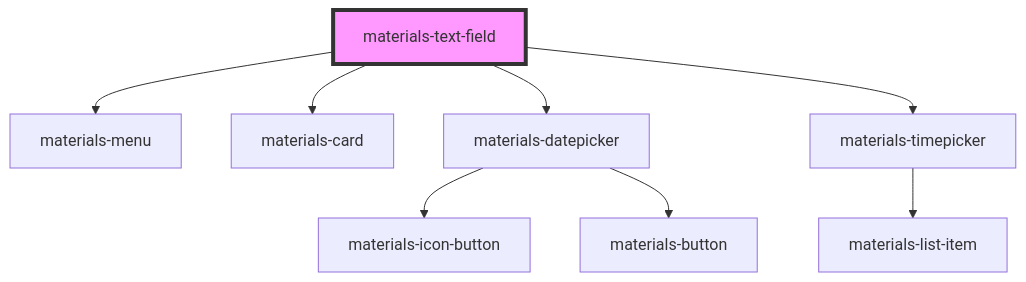
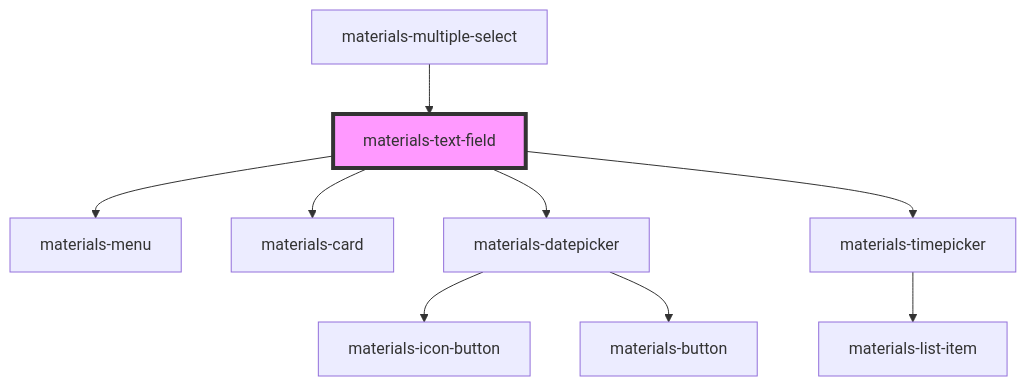
Before and after one commit to GMV-centravet/materials-elements: the diagram in packages/materials/src/components/text-field/readme.md, drawn with Mermaid. The commit also changed other lines of this file and 6 other files, not shown here.

````diff
--- a/packages/materials/src/components/text-field/readme.md
+++ b/packages/materials/src/components/text-field/readme.md
@@ -79,11 +83,12 @@
 ```mermaid
 graph TD;
   materials-text-field --> materials-menu
   materials-text-field --> materials-card
   materials-text-field --> materials-datepicker
   materials-text-field --> materials-timepicker
   materials-datepicker --> materials-icon-button
   materials-datepicker --> materials-button
   materials-timepicker --> materials-list-item
+  materials-multiple-select --> materials-text-field
   style materials-text-field fill:#f9f,stroke:#333,stroke-width:4px
 ```
````
